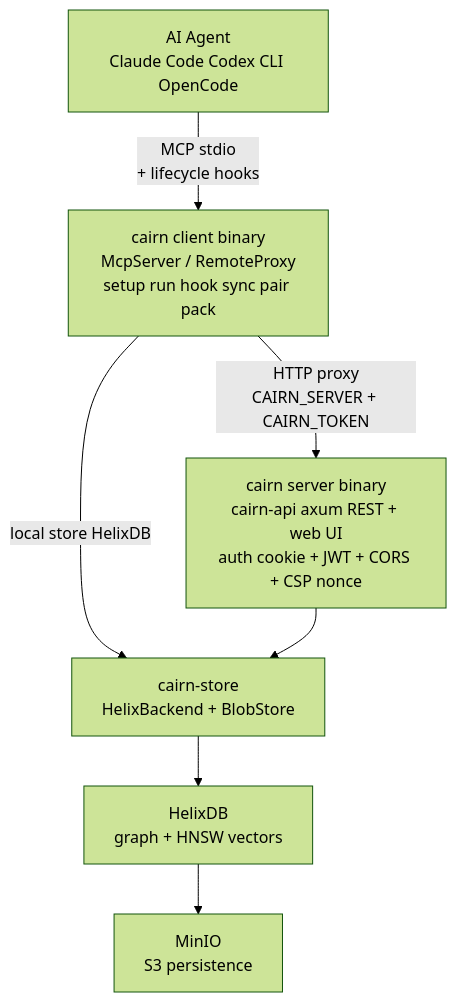
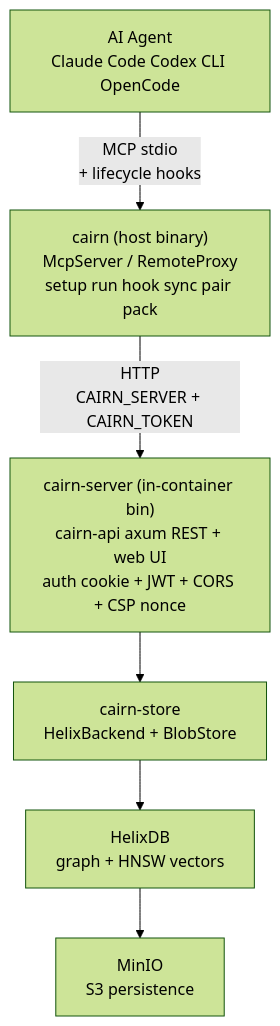
One commit to Vellixia/Cairn changed the first of 2 diagrams in docs/ARCHITECTURE.md. Above: the diagram before and after it, drawn with Mermaid (forest theme). The commit also changed other lines of this file and 34 other files, not shown here.

First line of the commit message:
docs: scrub stale `cairn serve`/`token`/`pair-code`/`cairn-server admin` refs; drop `plugins/cairn/`

````diff
--- a/docs/ARCHITECTURE.md
+++ b/docs/ARCHITECTURE.md
@@ -10,16 +10,15 @@
 ```mermaid
 graph TD
-    Agent["AI Agent<br/>Claude Code Codex CLI OpenCode"] 
-    CLI["cairn client binary<br/>McpServer / RemoteProxy<br/>setup run hook sync pair pack"]
-    Server["cairn server binary<br/>cairn-api axum REST + web UI<br/>auth cookie + JWT + CORS + CSP nonce"]
+    Agent["AI Agent<br/>Claude Code Codex CLI OpenCode"]
+    CLI["cairn (host binary)<br/>McpServer / RemoteProxy<br/>setup run hook sync pair pack"]
+    Server["cairn-server (in-container bin)<br/>cairn-api axum REST + web UI<br/>auth cookie + JWT + CORS + CSP nonce"]
     Store["cairn-store<br/>HelixBackend + BlobStore"]
     Helix["HelixDB<br/>graph + HNSW vectors"]
     MinIO["MinIO<br/>S3 persistence"]
 
     Agent -->|"MCP stdio<br/>+ lifecycle hooks"| CLI
-    CLI -->|"local store HelixDB"| Store
-    CLI -->|"HTTP proxy<br/>CAIRN_SERVER + CAIRN_TOKEN"| Server
+    CLI -->|"HTTP<br/>CAIRN_SERVER + CAIRN_TOKEN"| Server
     Server --> Store
     Store --> Helix
     Helix --> MinIO
 ```
````
